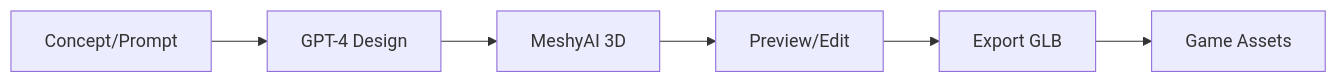
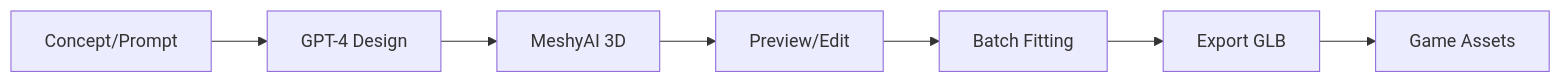
One commit to HyperscapeAI/docs changed the diagram in packages/asset-forge.mdx. Above: the diagram before and after it, drawn with Mermaid. The commit also changed other lines of this file, not shown here.

````diff
--- a/packages/asset-forge.mdx
+++ b/packages/asset-forge.mdx
@@ -163,8 +243,9 @@
 ```mermaid
 flowchart LR
     A[Concept/Prompt] --> B[GPT-4 Design]
     B --> C[MeshyAI 3D]
     C --> D[Preview/Edit]
-    D --> E[Export GLB]
-    E --> F[Game Assets]
+    D --> E[Batch Fitting]
+    E --> F[Export GLB]
+    F --> G[Game Assets]
 ```
````
